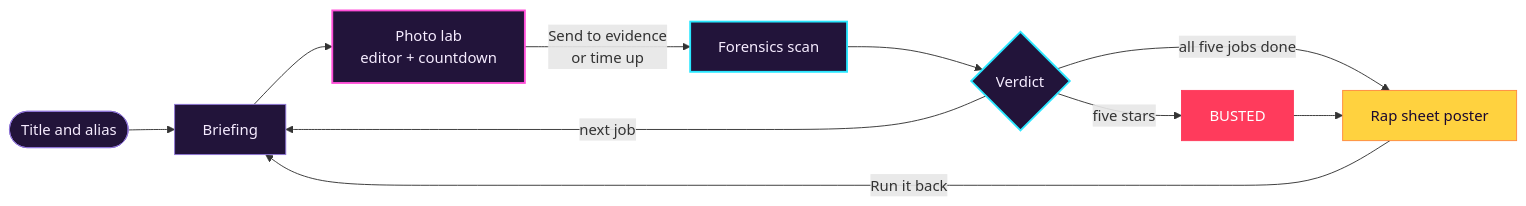
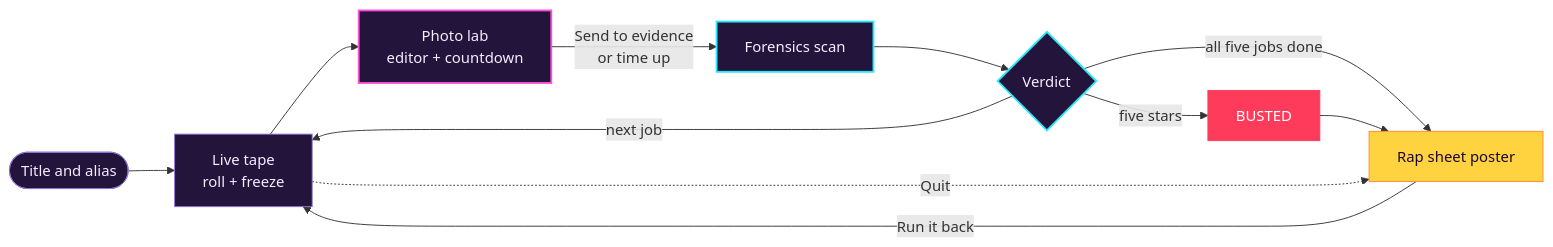
Before and after one commit to onlyoneAlexia/leonida-evidence: the diagram in README.md, drawn with Mermaid. The commit also changed other lines of this file and 69 other files, not shown here.

````diff
--- a/README.md
+++ b/README.md
@@ -89,23 +96,24 @@
 ```mermaid
 flowchart LR
-  start([Title and alias]) --> brief[Briefing]
+  start([Title and alias]) --> brief[Live tape<br/>roll + freeze]
   brief --> lab[Photo lab<br/>editor + countdown]
   lab -->|Send to evidence<br/>or time up| scan[Forensics scan]
   scan --> verdict{Verdict}
   verdict -->|next job| brief
   verdict -->|five stars| busted[BUSTED]
   verdict -->|all five jobs done| sheet[Rap sheet poster]
   busted --> sheet
+  brief -.->|Quit| sheet
   sheet -->|Run it back| brief
 
   classDef step fill:#22143a,stroke:#8e75d7,color:#f6ecff
   classDef editor fill:#22143a,stroke:#ff4fd8,stroke-width:2px,color:#f6ecff
   classDef check fill:#22143a,stroke:#29e7ff,stroke-width:2px,color:#f6ecff
   classDef bad fill:#ff3b5c,stroke:#ff3b5c,color:#ffffff
   classDef win fill:#ffd23f,stroke:#ff8a3d,color:#1a0830
   class start,brief step
   class lab editor
   class scan,verdict check
   class busted bad
   class sheet win
 ```
````
